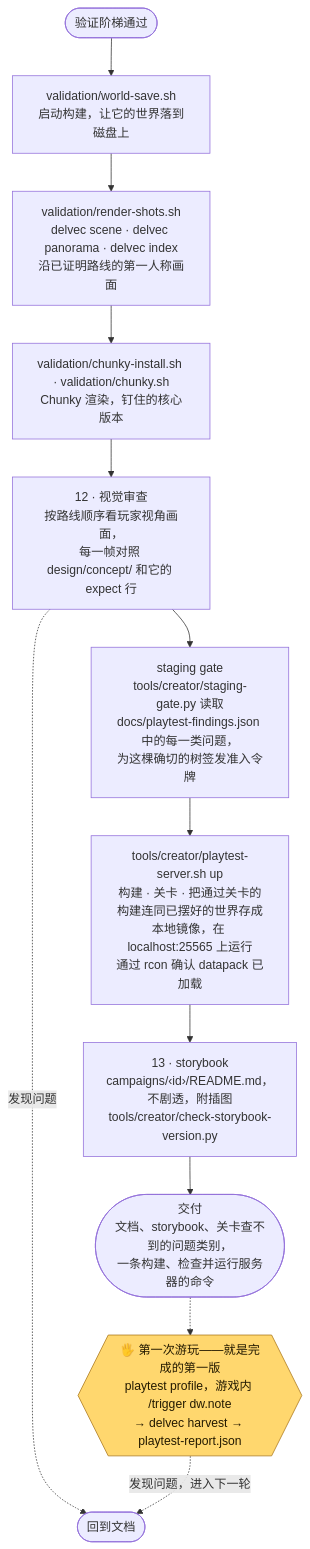
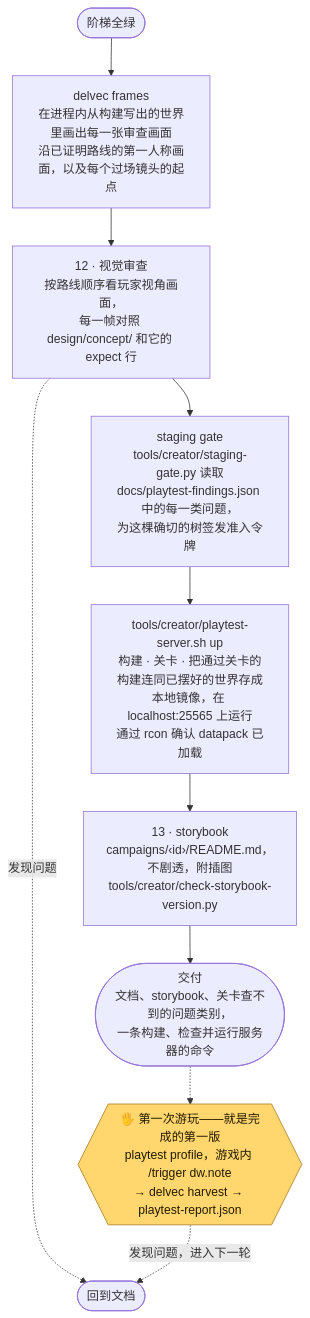
One commit to stellarfeline/delvewright changed the sixth of 9 diagrams in docs/how-it-works.zh-CN.md. Above: the diagram before and after it, drawn with Mermaid. The commit also changed other lines of this file and 42 other files, not shown here.

````diff
--- a/docs/how-it-works.zh-CN.md
+++ b/docs/how-it-works.zh-CN.md
@@ -140,16 +140,14 @@
 ```mermaid
 flowchart TD
-    G(["验证阶梯通过"]) --> WS2["validation/world-save.sh<br/>启动构建，让它的世界落到磁盘上"]
-    WS2 --> RS["validation/render-shots.sh<br/>delvec scene · delvec panorama · delvec index<br/>沿已证明路线的第一人称画面"]
-    RS --> CK["validation/chunky-install.sh · validation/chunky.sh<br/>Chunky 渲染，钉住的核心版本"]
-    CK --> VR["12 · 视觉审查<br/>按路线顺序看玩家视角画面，<br/>每一帧对照 design/concept/ 和它的 expect 行"]
+    G(["阶梯全绿"]) --> RS["delvec frames<br/>在进程内从构建写出的世界里画出每一张审查画面<br/>沿已证明路线的第一人称画面，以及每个过场镜头的起点"]
+    RS --> VR["12 · 视觉审查<br/>按路线顺序看玩家视角画面，<br/>每一帧对照 design/concept/ 和它的 expect 行"]
     VR -.->|"发现问题"| BACK(["回到文档"])
     VR --> SG["staging gate<br/>tools/creator/staging-gate.py 读取<br/>docs/playtest-findings.json 中的每一类问题，<br/>为这棵确切的树签发准入令牌"]
     SG --> UP["tools/creator/playtest-server.sh up<br/>构建 · 关卡 · 把通过关卡的构建连同已摆好的世界存成本地镜像，在 localhost:25565 上运行<br/>通过 rcon 确认 datapack 已加载"]
     UP --> HO["13 · storybook<br/>campaigns/‹id›/README.md，不剧透，附插图<br/>tools/creator/check-storybook-version.py"]
     HO --> OUT(["交付<br/>文档、storybook、关卡查不到的问题类别，<br/>一条构建、检查并运行服务器的命令"])
     OUT -.-> PLAY{{"🖐 第一次游玩——就是完成的第一版<br/>playtest profile，游戏内 /trigger dw.note<br/>→ delvec harvest → playtest-report.json"}}:::human
     PLAY -.->|"发现问题，进入下一轮"| BACK
 
     classDef human fill:#ffd76e,stroke:#a9761a,color:#241a00
 ```
````
